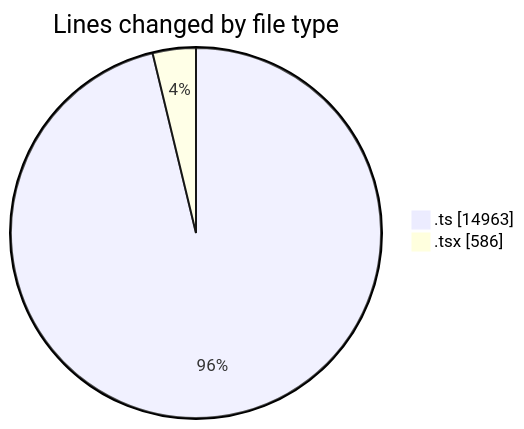
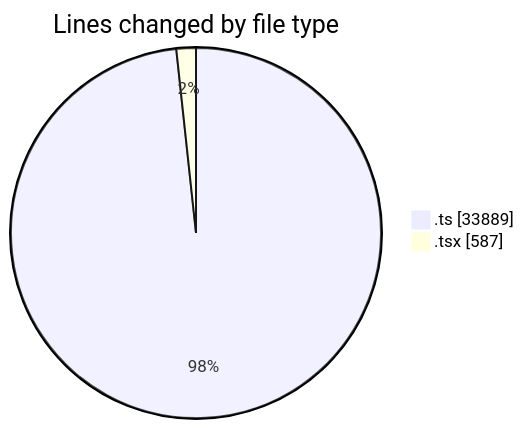
Before and after one commit to momahboobian/code-tracking: the first of 2 diagrams in 2025-08-22/cda/README.md, drawn with Mermaid. The commit also changed other lines of this file and 1 other file, not shown here.

````diff
--- a/2025-08-22/cda/README.md
+++ b/2025-08-22/cda/README.md
@@ -25,6 +28,6 @@
 ```mermaid
 pie showData
 title Lines changed by file type
-".ts" : 14963
-".tsx" : 586
+".ts" : 33889
+".tsx" : 587
 ```
````
